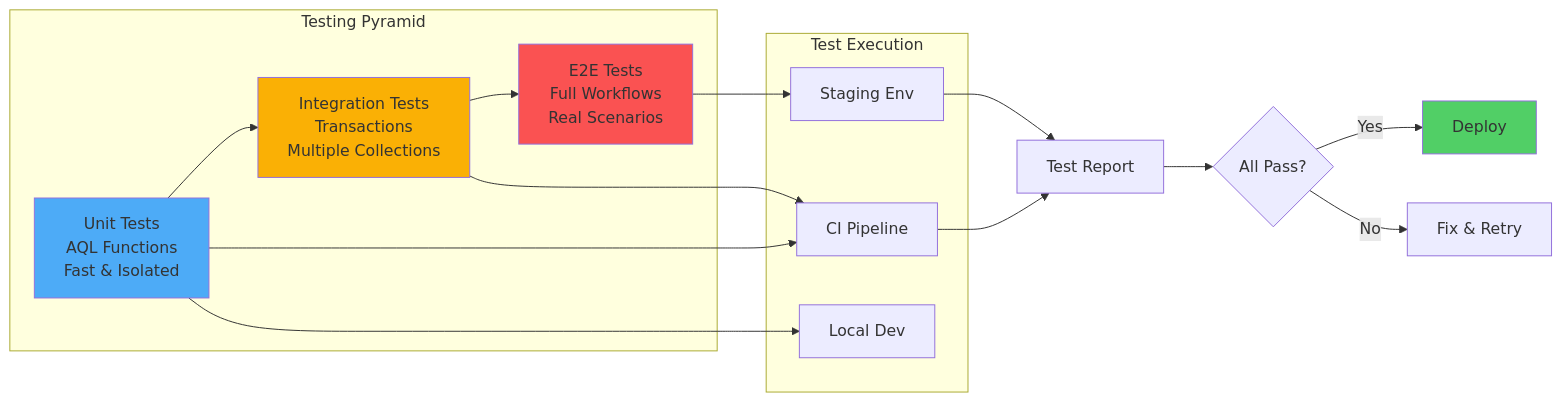
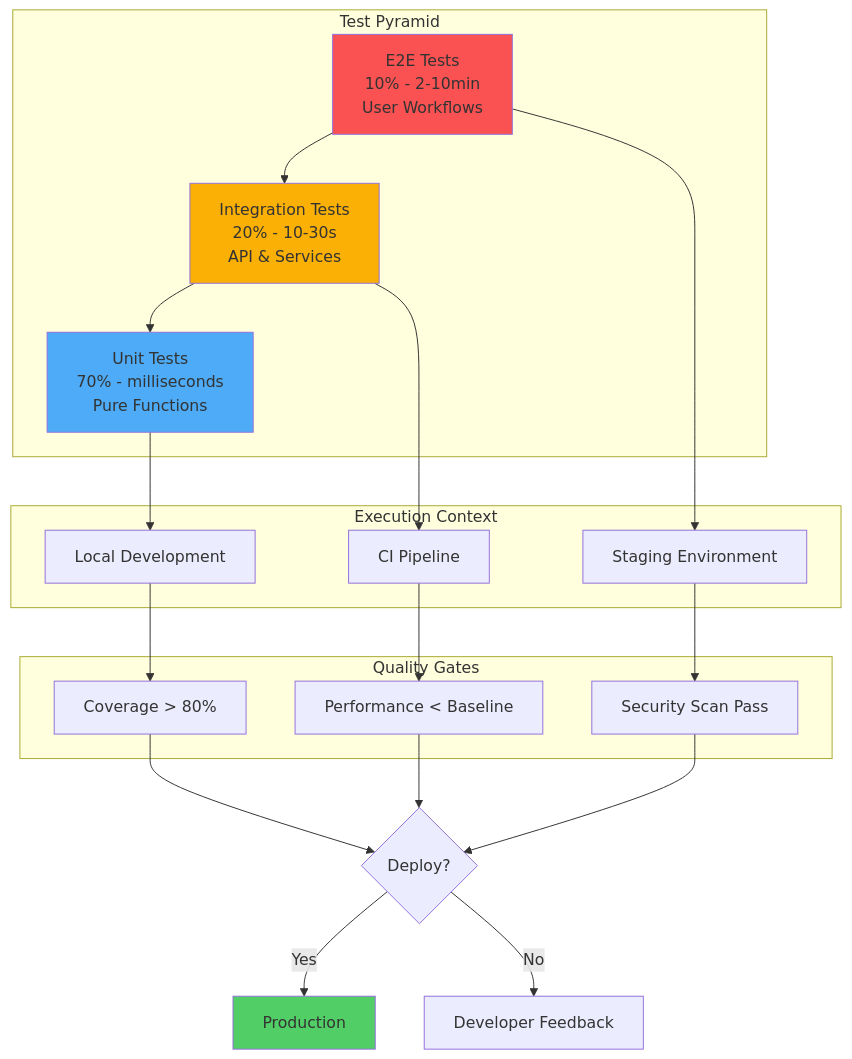
Before and after one commit to makr-code/ThemisDB: the third of 3 diagrams in compendium/docs/chapter_23_testing_qa.md, drawn with Mermaid. The commit also changed other lines of this file, not shown here.

Commit message:
Complete Chapter 23 expansion with comprehensive testing coverage

````diff
--- a/compendium/docs/chapter_23_testing_qa.md
+++ b/compendium/docs/chapter_23_testing_qa.md
@@ -120,34 +104,43 @@
 ```mermaid
-flowchart LR
-    subgraph "Testing Pyramid"
-        Unit[Unit Tests<br/>AQL Functions<br/>Fast & Isolated]
-        Integration[Integration Tests<br/>Transactions<br/>Multiple Collections]
-        E2E[E2E Tests<br/>Full Workflows<br/>Real Scenarios]
+flowchart TB
+    subgraph "Test Pyramid"
+        E2E[E2E Tests<br/>10% - 2-10min<br/>User Workflows]
+        Integration[Integration Tests<br/>20% - 10-30s<br/>API & Services]
+        Unit[Unit Tests<br/>70% - milliseconds<br/>Pure Functions]
         
-        Unit --> Integration
-        Integration --> E2E
+        E2E --> Integration
+        Integration --> Unit
     end
     
-    subgraph "Test Execution"
-        CI[CI Pipeline]
-        Local[Local Dev]
-        Staging[Staging Env]
+    subgraph "Quality Gates"
+        Coverage[Coverage > 80%]
+        Performance[Performance < Baseline]
+        Security[Security Scan Pass]
     end
     
-    Unit --> CI
+    subgraph "Execution Context"
+        LocalDev[Local Development]
+        CI[CI Pipeline]
+        Staging[Staging Environment]
+    end
+    
+    Unit --> LocalDev
     Integration --> CI
     E2E --> Staging
-    Unit --> Local
     
-    CI --> Report[Test Report]
-    Staging --> Report
+    LocalDev --> Coverage
+    CI --> Performance
+    Staging --> Security
     
-    Report --> Pass{All Pass?}
-    Pass -->|Yes| Deploy[Deploy]
-    Pass -->|No| Fix[Fix & Retry]
+    Coverage --> Deploy{Deploy?}
+    Performance --> Deploy
+    Security --> Deploy
     
+    Deploy -->|Yes| Production[Production]
+    Deploy -->|No| Feedback[Developer Feedback]
+    
+    style E2E fill:#fa5252
+    style Integration fill:#fab005
     style Unit fill:#4dabf7
-    style Integration fill:#fab005
-    style E2E fill:#fa5252
-    style Deploy fill:#51cf66
+    style Production fill:#51cf66
 ```
````
